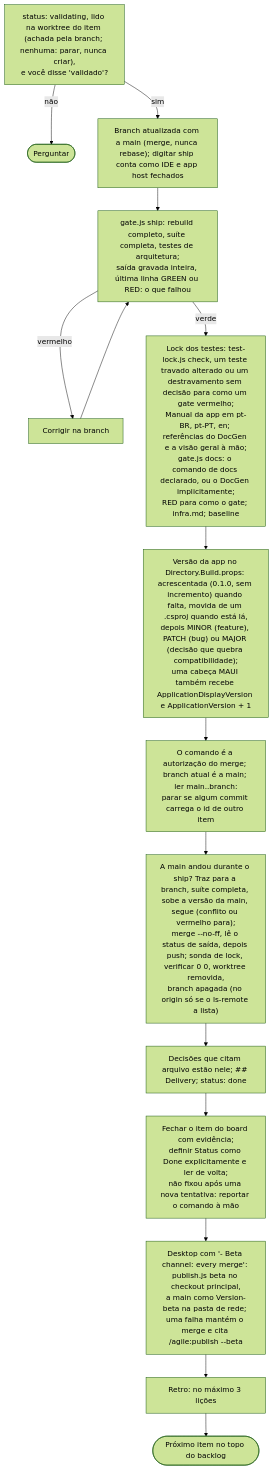
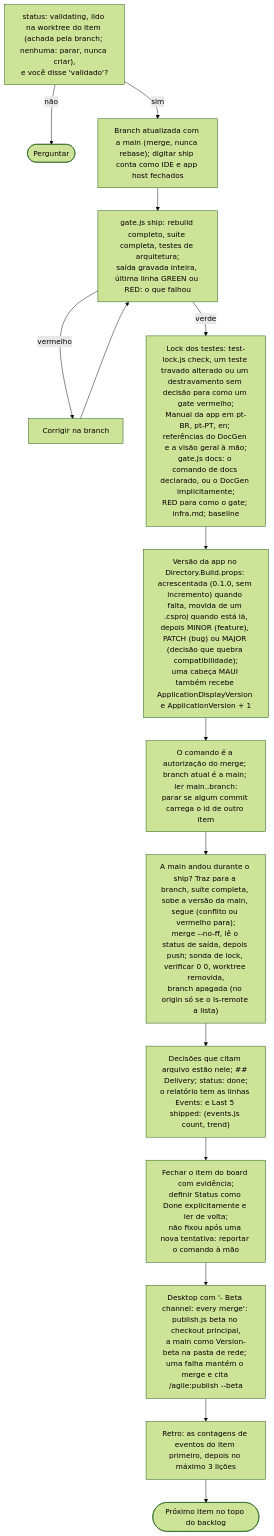
One commit to alexcanario/simulab changed diagram 13 of 21 in docs/agile/workflow.pt-BR.md. Above: the diagram before and after it, drawn with Mermaid (forest theme). The commit also changed other lines of this file and 10 other files, not shown here.

````diff
--- a/docs/agile/workflow.pt-BR.md
+++ b/docs/agile/workflow.pt-BR.md
@@ -925,17 +949,17 @@
 ```mermaid
 flowchart TD
     A["status: validating, lido na worktree do item (achada pela branch; nenhuma: parar, nunca criar),<br/>e você disse 'validado'?"] -->|não| A1(["Perguntar"])
     A -->|sim| B["Branch atualizada com a main (merge, nunca rebase); digitar ship conta como IDE e app host fechados"]
     B --> C["gate.js ship: rebuild completo, suíte completa, testes de arquitetura;<br/>saída gravada inteira, última linha GREEN ou RED: o que falhou"]
     C -->|vermelho| C1["Corrigir na branch"]
     C1 --> C
     C -->|verde| D["Lock dos testes: test-lock.js check, um teste travado alterado ou um destravamento sem decisão para como um gate vermelho;<br/>Manual da app em pt-BR, pt-PT, en; referências do DocGen e a visão geral à mão;<br/>gate.js docs: o comando de docs declarado, ou o DocGen implicitamente;<br/>RED para como o gate; infra.md; baseline"]
     D --> D1["Versão da app no Directory.Build.props: acrescentada (0.1.0, sem incremento) quando falta, movida de um .csproj quando está lá,<br/>depois MINOR (feature), PATCH (bug) ou MAJOR (decisão que quebra compatibilidade);<br/>uma cabeça MAUI também recebe ApplicationDisplayVersion e ApplicationVersion + 1"]
     D1 --> E2["O comando é a autorização do merge; branch atual é a main; ler main..branch:<br/>parar se algum commit carrega o id de outro item"]
     E2 --> F["A main andou durante o ship? Traz para a branch, suíte completa, sobe a versão da main, segue (conflito ou vermelho para);<br/>merge --no-ff, lê o status de saída, depois push; sonda de lock, verificar 0 0, worktree removida,<br/>branch apagada (no origin só se o ls-remote a lista)"]
-    F --> G["Decisões que citam arquivo estão nele; ## Delivery; status: done"]
+    F --> G["Decisões que citam arquivo estão nele; ## Delivery; status: done;<br/>o relatório tem as linhas Events: e Last 5 shipped: (events.js count, trend)"]
     G --> H["Fechar o item do board com evidência;<br/>definir Status como Done explicitamente e ler de volta;<br/>não fixou após uma nova tentativa: reportar o comando à mão"]
     H --> H2["Desktop com '- Beta channel: every merge': publish.js beta no checkout principal,<br/>a main como Version-beta na pasta de rede; uma falha mantém o merge e cita /agile:publish --beta"]
-    H2 --> I["Retro: no máximo 3 lições"]
+    H2 --> I["Retro: as contagens de eventos do item primeiro, depois no máximo 3 lições"]
     I --> J(["Próximo item no topo do backlog"])
 ```
````
